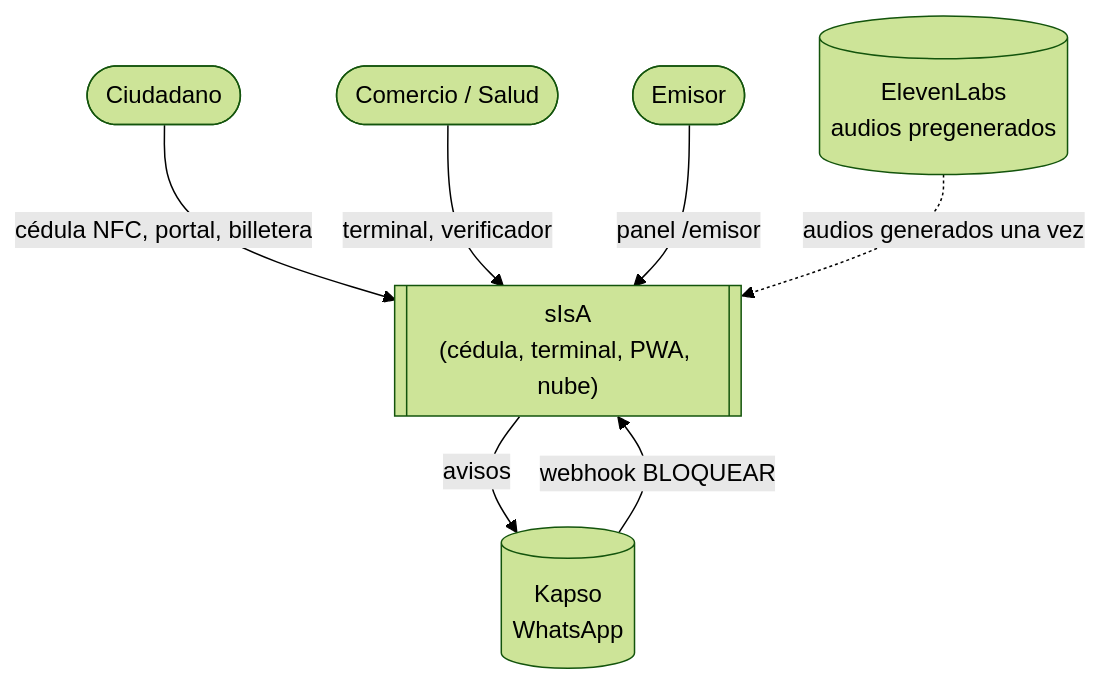
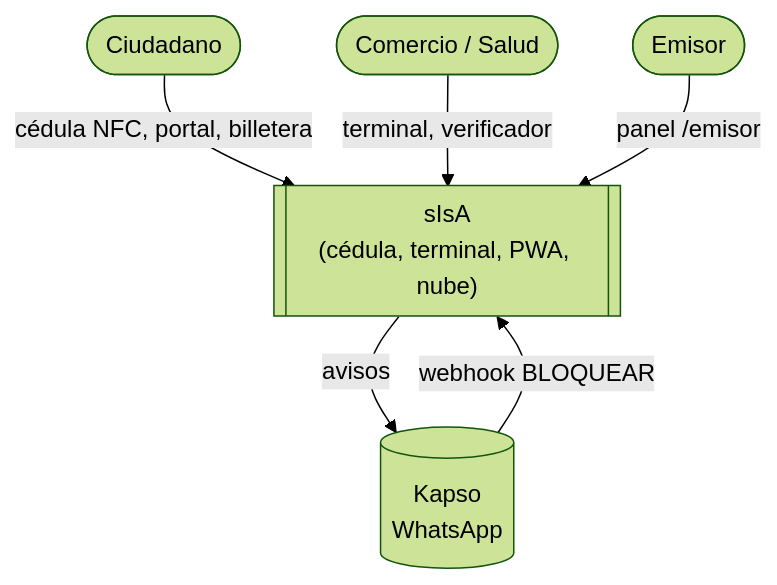
One commit to platanus-hack/platanus-hack-26-ve-team-1 changed the first of 3 diagrams in docs/05-arquitectura.md. Above: the diagram before and after it, drawn with Mermaid (forest theme). The commit also changed other lines of this file and 10 other files, not shown here.

````diff
--- a/docs/05-arquitectura.md
+++ b/docs/05-arquitectura.md
@@ -5,16 +5,14 @@
 ```mermaid
 flowchart TB
   Ciudadano([Ciudadano])
   Comercio([Comercio / Salud])
   Emisor([Emisor])
   SLJ[["sIsA<br/>(cédula, terminal, PWA, nube)"]]
   Kapso[(Kapso<br/>WhatsApp)]
-  ElevenLabs[(ElevenLabs<br/>audios pregenerados)]
 
   Ciudadano -->|cédula NFC, portal, billetera| SLJ
   Comercio -->|terminal, verificador| SLJ
   Emisor -->|panel /emisor| SLJ
   SLJ -->|avisos| Kapso
   Kapso -->|webhook BLOQUEAR| SLJ
-  ElevenLabs -. audios generados una vez .-> SLJ
 ```
````
